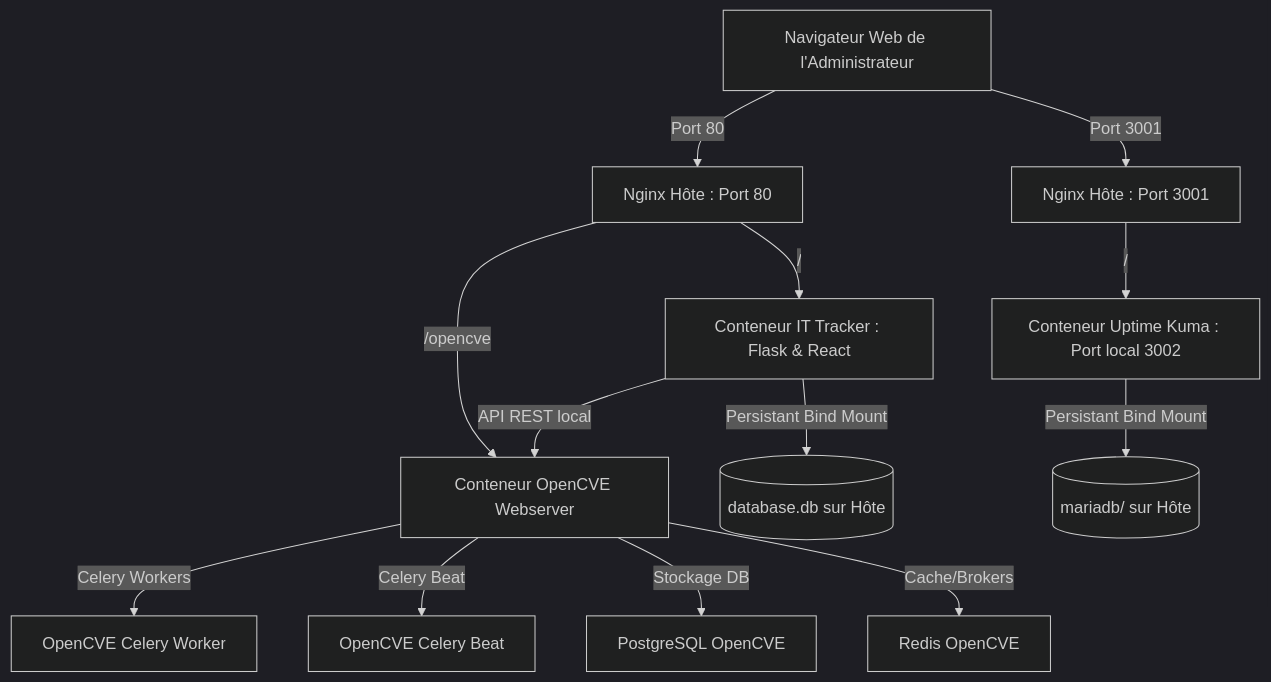
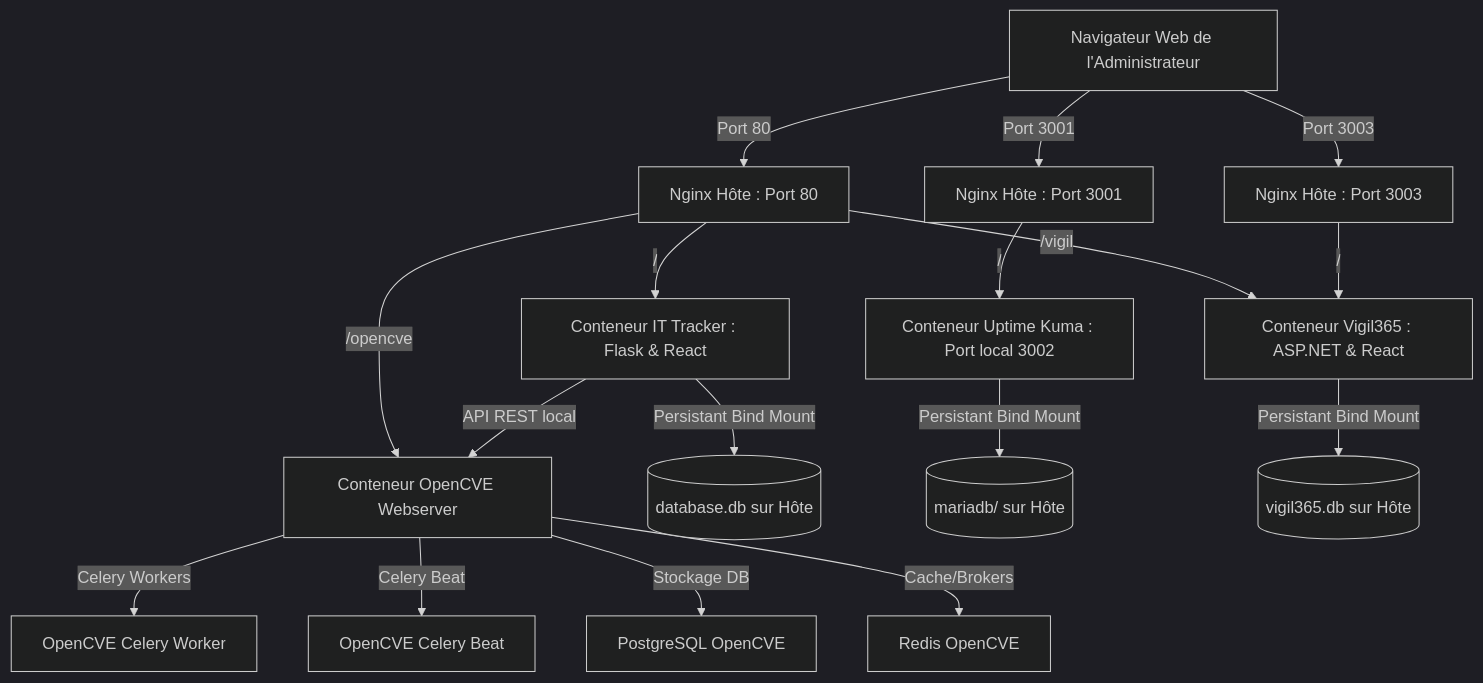
One commit to combesm/it-tracker changed the diagram in README.md. Above: the diagram before and after it, drawn with Mermaid (dark theme). The commit also changed other lines of this file and 11 other files, not shown here.

````diff
--- a/README.md
+++ b/README.md
@@ -13,15 +13,19 @@
 ```mermaid
 graph TD
     Client[Navigateur Web de l'Administrateur] -->|Port 80| NginxHost80[Nginx Hôte : Port 80]
     Client -->|Port 3001| NginxHost3001[Nginx Hôte : Port 3001]
+    Client -->|Port 3003| NginxHost3003[Nginx Hôte : Port 3003]
     NginxHost80 -->|/| ITTracker[Conteneur IT Tracker : Flask & React]
     NginxHost80 -->|/opencve| OpenCVEWeb[Conteneur OpenCVE Webserver]
+    NginxHost80 -->|/vigil| Vigil365[Conteneur Vigil365 : ASP.NET & React]
     NginxHost3001 -->|/| UptimeKuma[Conteneur Uptime Kuma : Port local 3002]
+    NginxHost3003 -->|/| Vigil365
     ITTracker -->|API REST local| OpenCVEWeb
     OpenCVEWeb -->|Celery Workers| CeleryWorker[OpenCVE Celery Worker]
     OpenCVEWeb -->|Celery Beat| CeleryBeat[OpenCVE Celery Beat]
     OpenCVEWeb -->|Stockage DB| Postgres[PostgreSQL OpenCVE]
     OpenCVEWeb -->|Cache/Brokers| Redis[Redis OpenCVE]
     ITTracker -->|Persistant Bind Mount| SQLite[(database.db sur Hôte)]
     UptimeKuma -->|Persistant Bind Mount| KumaDB[(mariadb/ sur Hôte)]
+    Vigil365 -->|Persistant Bind Mount| VigilDB[(vigil365.db sur Hôte)]
 ```
````
